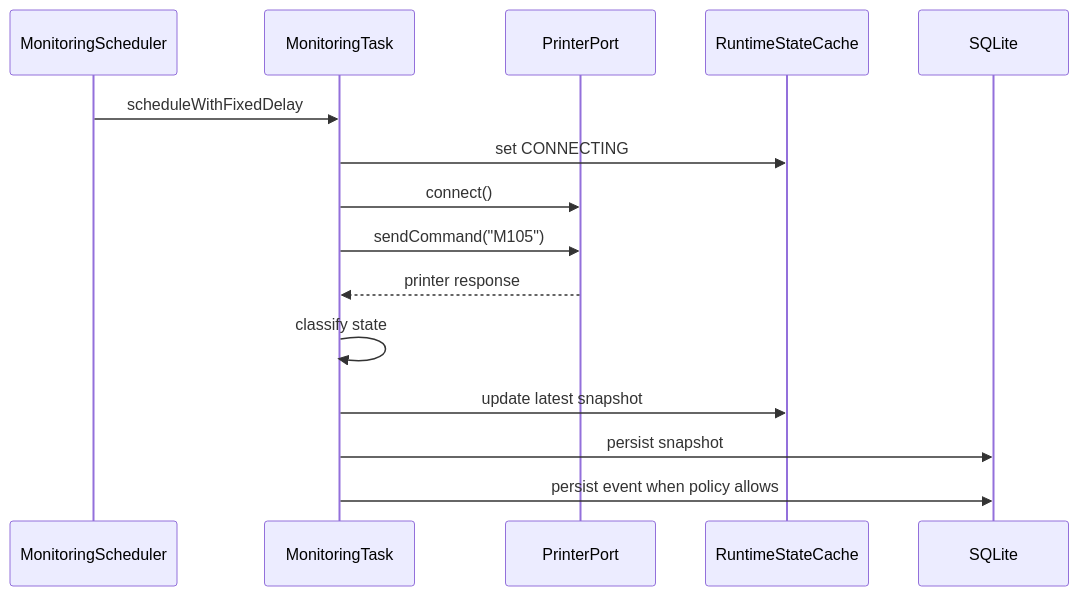
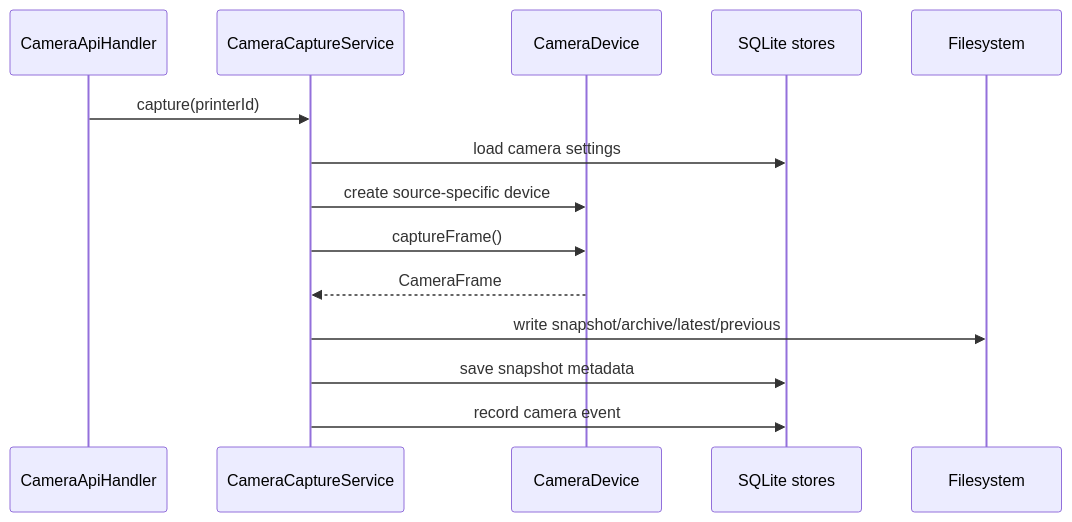
The third of 3 diagrams in docs/specification.md (nathabee/spaghetti-chef), drawn with Mermaid before and after one commit. The commit also changed other lines of this file and 10 other files, not shown here.

````diff
--- a/docs/specification.md
+++ b/docs/specification.md
@@ -276,18 +306,17 @@
 ```mermaid
 sequenceDiagram
-    participant Scheduler as MonitoringScheduler
-    participant Task as MonitoringTask
-    participant Port as PrinterPort
-    participant Cache as RuntimeStateCache
-    participant DB as SQLite
+    participant API as CameraApiHandler
+    participant Capture as CameraCaptureService
+    participant Device as CameraDevice
+    participant Store as SQLite stores
+    participant Files as Filesystem
 
-    Scheduler->>Task: scheduleWithFixedDelay
-    Task->>Cache: set CONNECTING
-    Task->>Port: connect()
-    Task->>Port: sendCommand("M105")
-    Port-->>Task: printer response
-    Task->>Task: classify state
-    Task->>Cache: update latest snapshot
-    Task->>DB: persist snapshot
-    Task->>DB: persist event when policy allows
+    API->>Capture: capture(printerId)
+    Capture->>Store: load camera settings
+    Capture->>Device: create source-specific device
+    Capture->>Device: captureFrame()
+    Device-->>Capture: CameraFrame
+    Capture->>Files: write snapshot/archive/latest/previous
+    Capture->>Store: save snapshot metadata
+    Capture->>Store: record camera event
 ```
````
